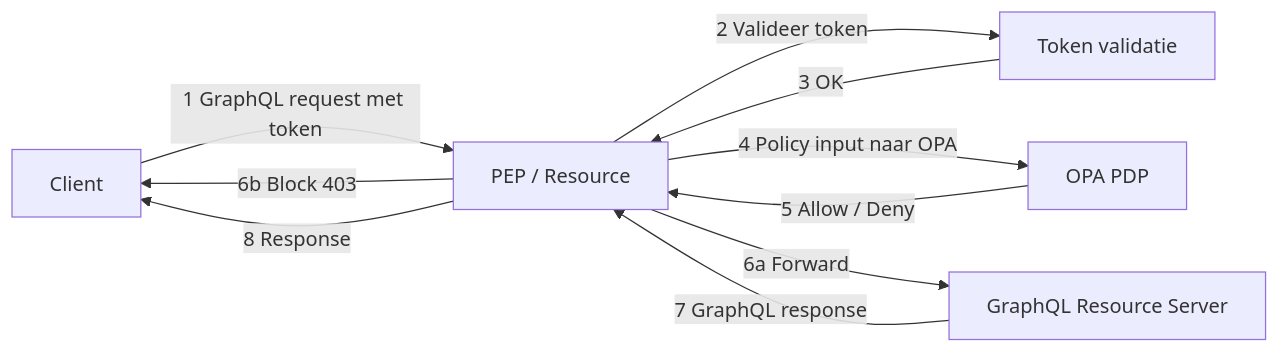
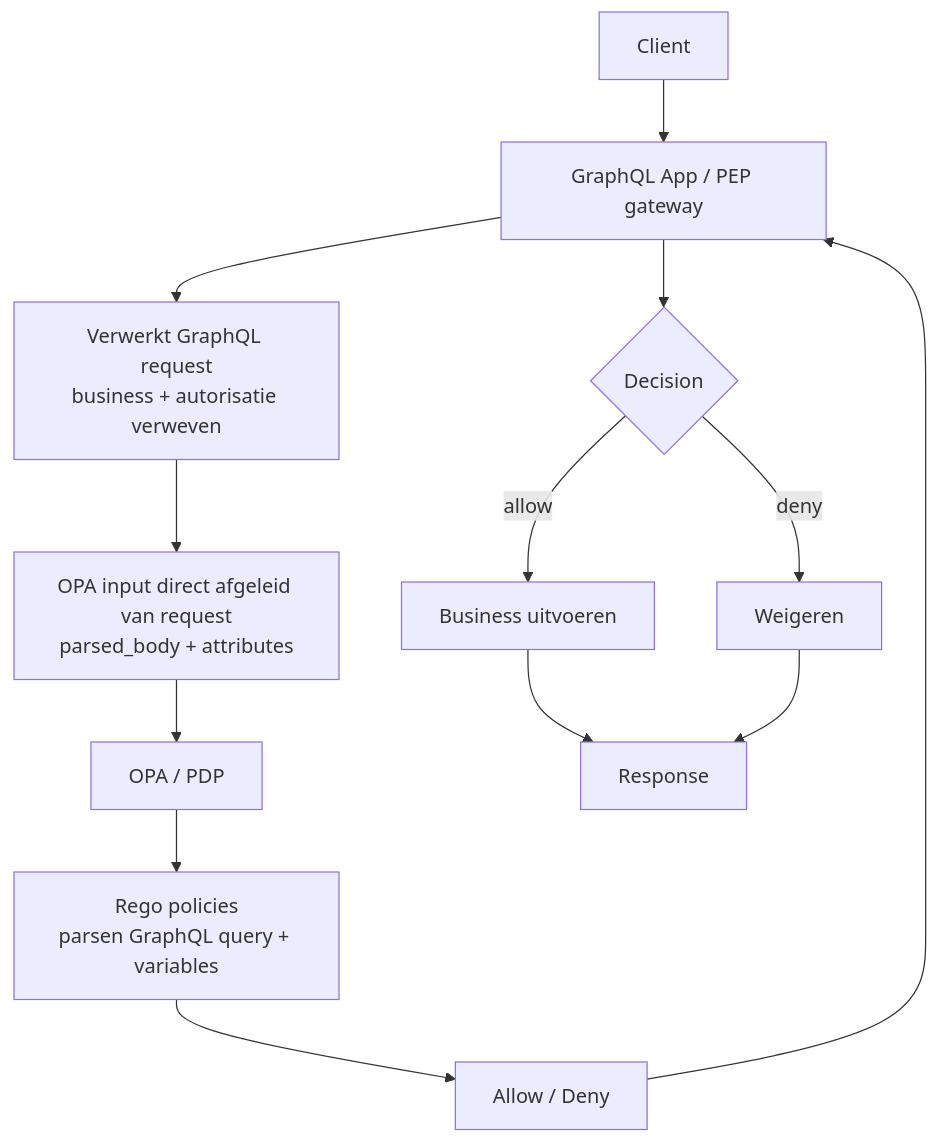
The first of 3 diagrams in RFC/RFC0052 - Autorisatie standaardisatie.md (iStandaarden/iWlz-RequestForComment), drawn with Mermaid before and after one commit. The commit also changed other lines of this file, not shown here.

````diff
--- a/RFC/RFC0052 - Autorisatie standaardisatie.md
+++ b/RFC/RFC0052 - Autorisatie standaardisatie.md
@@ -96,22 +93,21 @@
 ```mermaid
-flowchart LR
-  C[Client]
-  PEP[PEP / Resource]
-  V[Token validatie]
-  PDP[OPA PDP]
-  RS[GraphQL Resource Server]
+flowchart TD
+    A[Client] --> B[GraphQL App / PEP gateway]
 
-  C -->|1 GraphQL request met token| PEP
+    B --> C[Verwerkt GraphQL request<br/>business + autorisatie verweven]
 
-  PEP -->|2 Valideer token| V
-  V -->|3 OK| PEP
+    C --> D[OPA input direct afgeleid van request<br/>parsed_body + attributes]
 
-  PEP -->|4 Policy input naar OPA| PDP
-  PDP -->|5 Allow / Deny| PEP
+    D --> E[OPA / PDP]
+    E --> F[Rego policies<br/>parsen GraphQL query + variables]
 
-  PEP -->|6a Forward| RS
-  PEP -->|6b Block 403| C
+    F --> G[Allow / Deny]
 
-  RS -->|7 GraphQL response| PEP
-  PEP -->|8 Response| C
+    G --> B
+    B --> H{Decision}
+    H -->|allow| I[Business uitvoeren]
+    H -->|deny| J[Weigeren]
+
+    I --> K[Response]
+    J --> K
 ```
````
